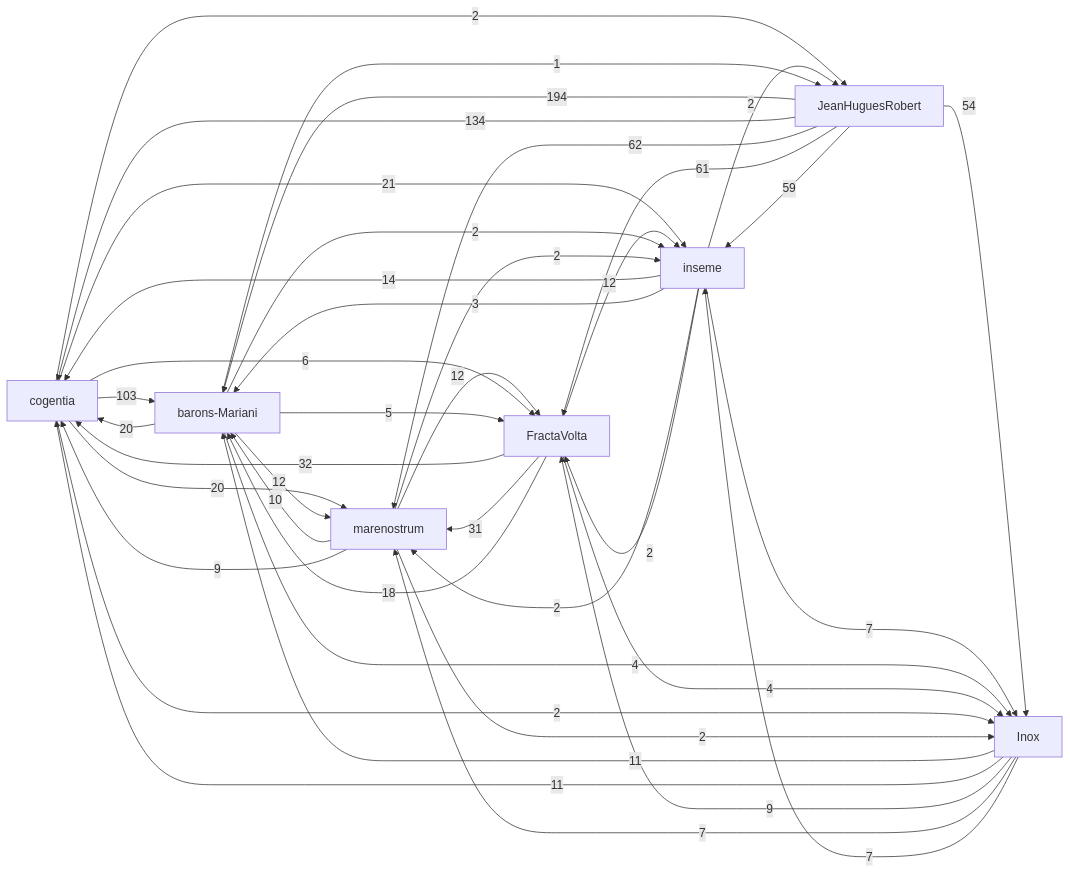
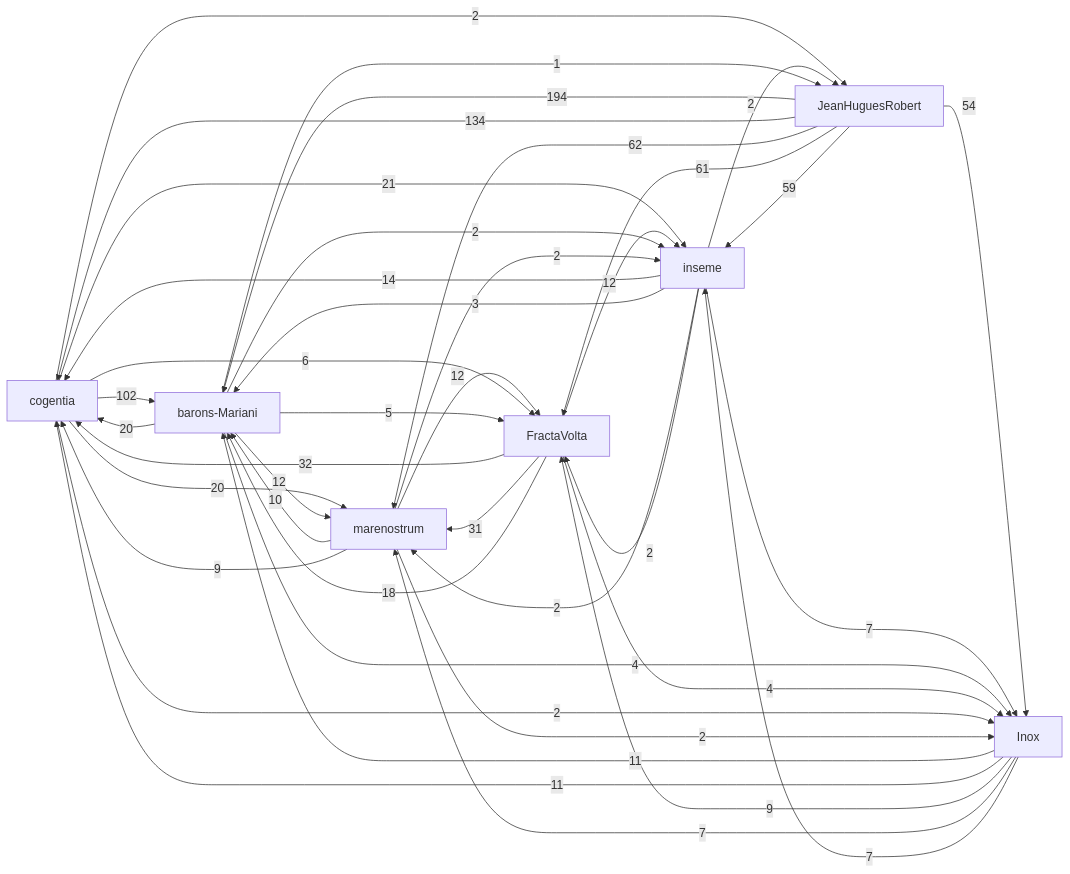
One commit to JeanHuguesRobert/cogentia changed the first of 2 diagrams in research/corpus-status.md. Above: the diagram before and after it, drawn with Mermaid. The commit also changed 6 other files, not shown here.

````diff
--- a/research/corpus-status.md
+++ b/research/corpus-status.md
@@ -53,49 +53,49 @@
 ```mermaid
 graph LR
   r_cogentia["cogentia"]
   r_fractavolta["FractaVolta"]
   r_marenostrum["marenostrum"]
   r_barons_mariani["barons-Mariani"]
   r_inseme["inseme"]
   r_inox["Inox"]
   r_jeanhuguesrobert["JeanHuguesRobert"]
   r_jeanhuguesrobert -->|194| r_barons_mariani
   r_jeanhuguesrobert -->|134| r_cogentia
-  r_cogentia -->|103| r_barons_mariani
+  r_cogentia -->|102| r_barons_mariani
   r_jeanhuguesrobert -->|62| r_marenostrum
   r_jeanhuguesrobert -->|61| r_fractavolta
   r_jeanhuguesrobert -->|59| r_inseme
   r_jeanhuguesrobert -->|54| r_inox
   r_fractavolta -->|32| r_cogentia
   r_fractavolta -->|31| r_marenostrum
   r_cogentia -->|21| r_inseme
   r_barons_mariani -->|20| r_cogentia
   r_cogentia -->|20| r_marenostrum
   r_fractavolta -->|18| r_barons_mariani
   r_inseme -->|14| r_cogentia
   r_barons_mariani -->|12| r_marenostrum
   r_fractavolta -->|12| r_inseme
   r_marenostrum -->|12| r_fractavolta
   r_inox -->|11| r_barons_mariani
   r_inox -->|11| r_cogentia
   r_marenostrum -->|10| r_barons_mariani
   r_inox -->|9| r_fractavolta
   r_marenostrum -->|9| r_cogentia
   r_inox -->|7| r_marenostrum
   r_inox -->|7| r_inseme
   r_inseme -->|7| r_inox
   r_cogentia -->|6| r_fractavolta
   r_barons_mariani -->|5| r_fractavolta
   r_barons_mariani -->|4| r_inox
   r_fractavolta -->|4| r_inox
   r_inseme -->|3| r_barons_mariani
   r_barons_mariani -->|2| r_inseme
   r_cogentia -->|2| r_jeanhuguesrobert
   r_cogentia -->|2| r_inox
   r_inseme -->|2| r_marenostrum
   r_inseme -->|2| r_fractavolta
   r_inseme -->|2| r_jeanhuguesrobert
   r_marenostrum -->|2| r_inseme
   r_marenostrum -->|2| r_inox
   r_barons_mariani -->|1| r_jeanhuguesrobert
 ```
````
